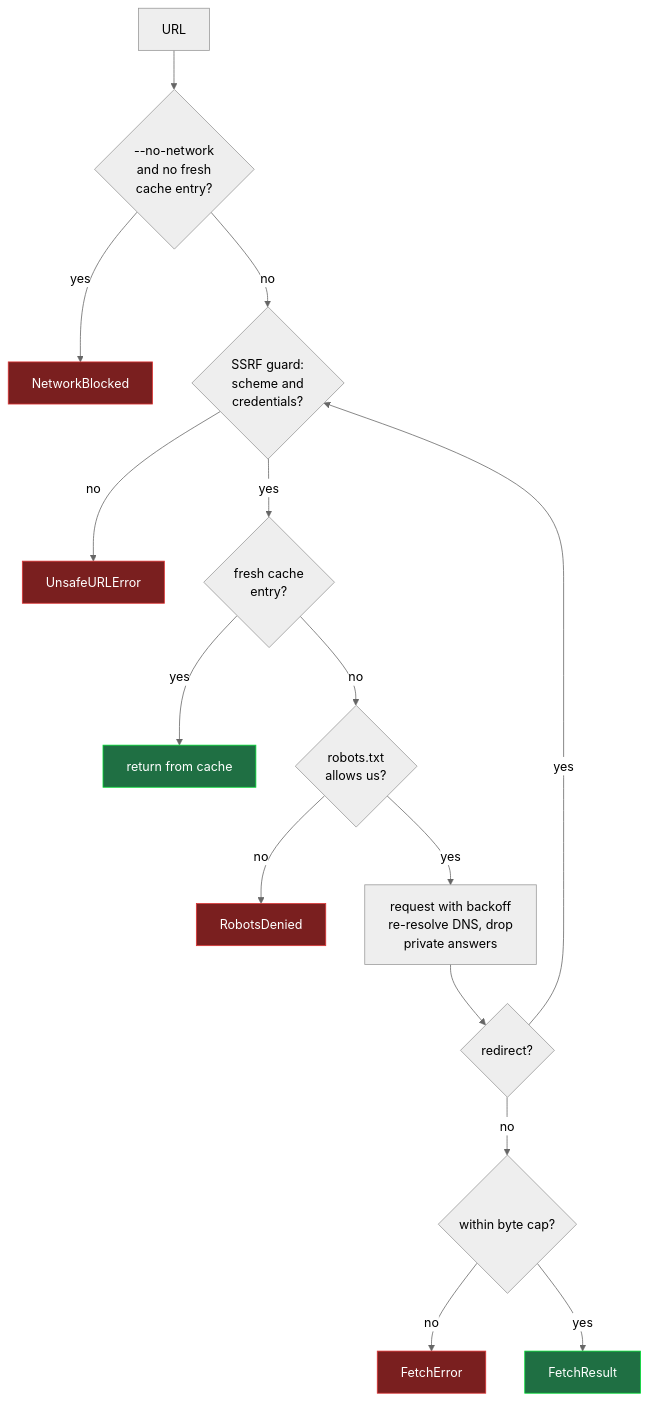
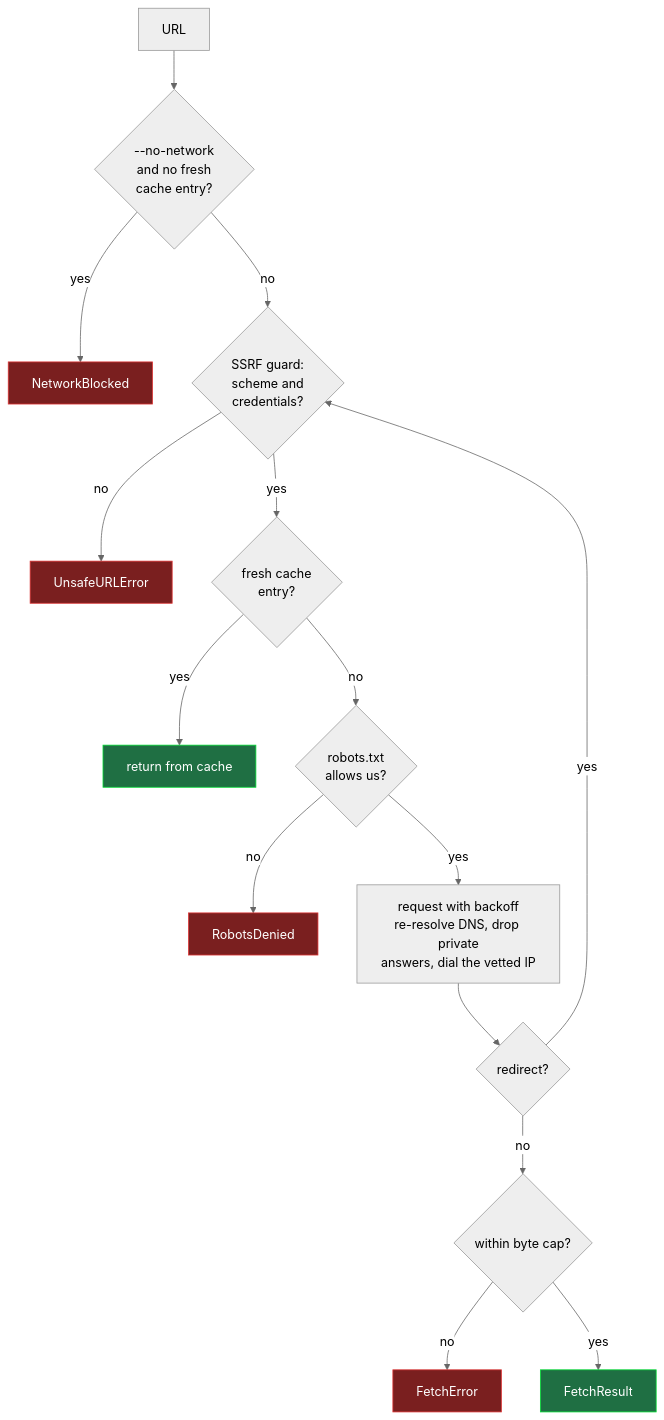
The second of 5 diagrams in README.md (ogc16/web-scraper), drawn with Mermaid (neutral theme) before and after one commit. The commit also changed other lines of this file and 21 other files, not shown here.

````diff
--- a/README.md
+++ b/README.md
@@ -253,24 +257,24 @@
 ```mermaid
 flowchart TD
     url[URL] --> net{"--no-network<br/>and no fresh<br/>cache entry?"}
     net -- yes --> block1[NetworkBlocked]
     net -- no --> ssrc{SSRF guard:<br/>scheme and<br/>credentials?}
     ssrc -- no --> block2[UnsafeURLError]
     ssrc -- yes --> fresh{"fresh cache<br/>entry?"}
     fresh -- yes --> hit[return from cache]
     fresh -- no --> robots{robots.txt<br/>allows us?}
     robots -- no --> block3[RobotsDenied]
-    robots -- yes --> dial["request with backoff<br/>re-resolve DNS, drop<br/>private answers"]
+    robots -- yes --> dial["request with backoff<br/>re-resolve DNS, drop private<br/>answers, dial the vetted IP"]
     dial --> redirect{redirect?}
     redirect -- yes --> ssrc
     redirect -- no --> cap{within byte cap?}
     cap -- no --> block4[FetchError]
     cap -- yes --> ok[FetchResult]
 
     style block1 fill:#7a1f1f,stroke:#d33,color:#fff
     style block2 fill:#7a1f1f,stroke:#d33,color:#fff
     style block3 fill:#7a1f1f,stroke:#d33,color:#fff
     style block4 fill:#7a1f1f,stroke:#d33,color:#fff
     style ok fill:#1f6f43,stroke:#0d3,color:#fff
     style hit fill:#1f6f43,stroke:#0d3,color:#fff
 ```
````
